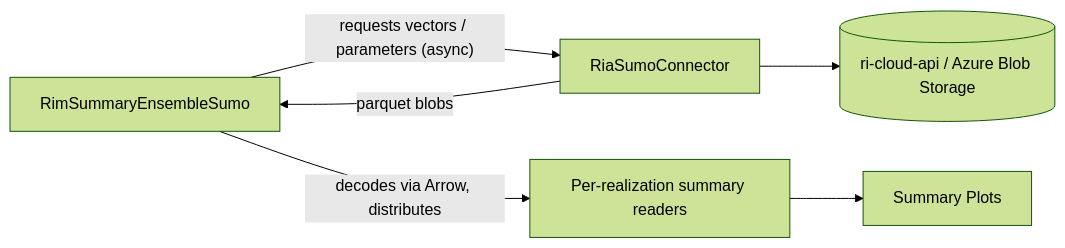
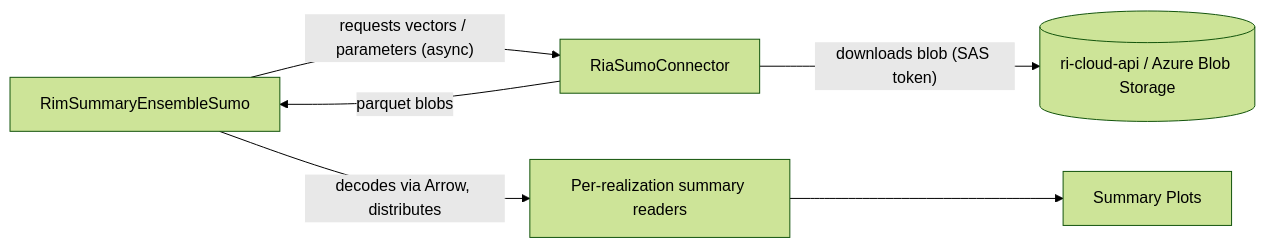
One commit to OPM/ResInsight changed the third of 3 diagrams in docs/cloud-data-architecture.md. Above: the diagram before and after it, drawn with Mermaid (forest theme). The commit also changed other lines of this file, not shown here.

````diff
--- a/docs/cloud-data-architecture.md
+++ b/docs/cloud-data-architecture.md
@@ -133,8 +134,8 @@
 ```mermaid
 flowchart LR
     Ensemble[RimSummaryEnsembleSumo] -- "requests vectors / parameters (async)" --> Connector[RiaSumoConnector]
-    Connector --> Sumo[(ri-cloud-api / Azure Blob Storage)]
+    Connector -- "downloads blob (SAS token)" --> Sumo[(ri-cloud-api / Azure Blob Storage)]
     Connector -- parquet blobs --> Ensemble
     Ensemble -- "decodes via Arrow, distributes" --> Realizations[Per-realization summary readers]
     Realizations --> Plots[Summary Plots]
 ```
````
